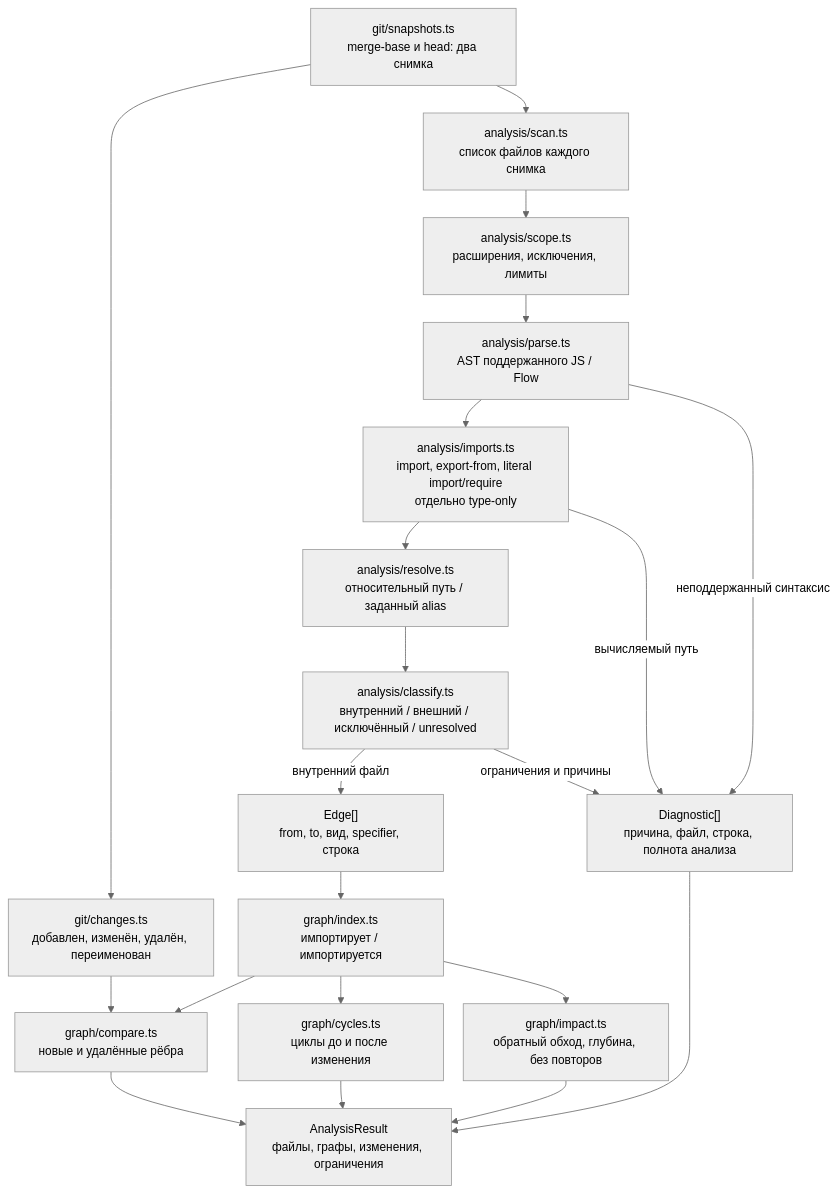
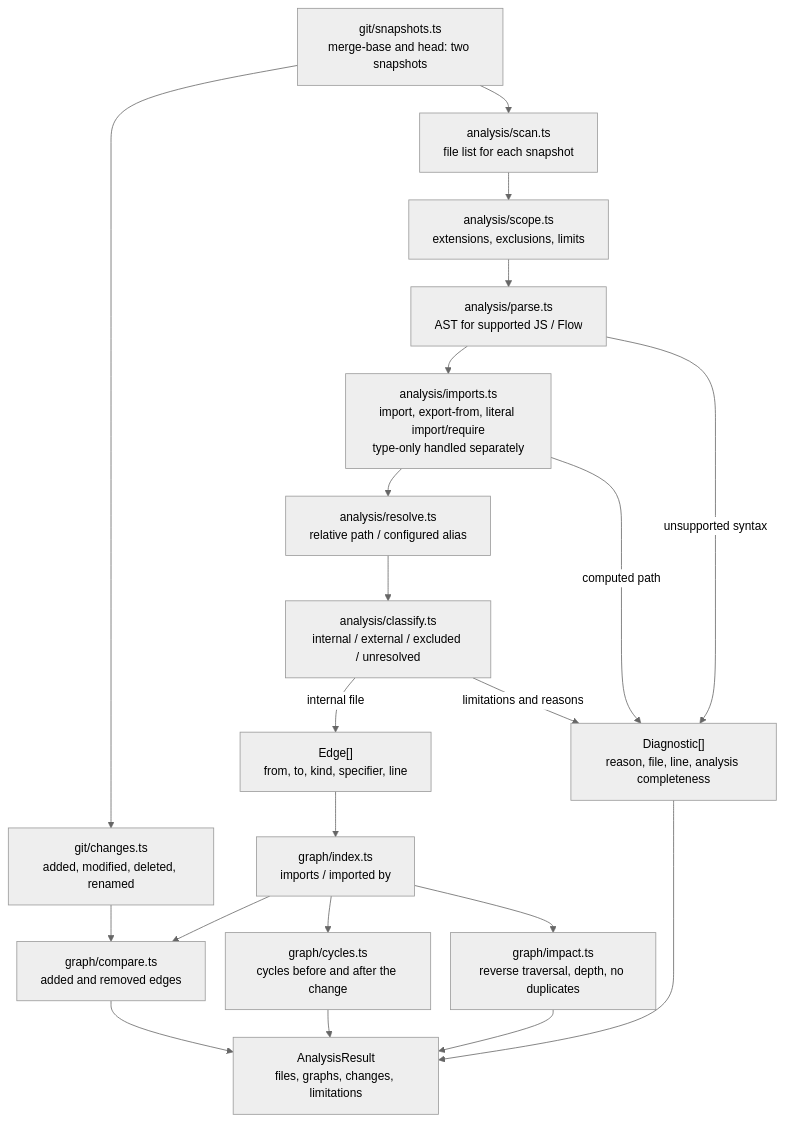
The diagram in diagrams/v1-analysis.mmd (rustic0la/codebase-mapper), drawn with Mermaid before and after one commit. The commit also changed 23 other files, not shown here.

```diff
--- a/diagrams/v1-analysis.mmd
+++ b/diagrams/v1-analysis.mmd
@@ -1,23 +1,23 @@
 %%{init: {"theme":"neutral","flowchart":{"curve":"basis","nodeSpacing":25,"rankSpacing":35},"themeVariables":{"fontSize":"15px"}}}%%
 flowchart TD
-  SNAPSHOTS["git/snapshots.ts<br/>merge-base и head: два снимка"] --> CHANGES
+  SNAPSHOTS["git/snapshots.ts<br/>merge-base and head: two snapshots"] --> CHANGES
   SNAPSHOTS --> SCAN
-  CHANGES["git/changes.ts<br/>добавлен, изменён, удалён, переименован"] --> DIFF
-  SCAN["analysis/scan.ts<br/>список файлов каждого снимка"] --> FILTER
-  FILTER["analysis/scope.ts<br/>расширения, исключения, лимиты"] --> PARSE
-  PARSE["analysis/parse.ts<br/>AST поддержанного JS / Flow"] --> IMPORTS
-  PARSE -->|"неподдержанный синтаксис"| DIAGNOSTICS
-  IMPORTS["analysis/imports.ts<br/>import, export-from, literal import/require<br/>отдельно type-only"] --> RESOLVE
-  IMPORTS -->|"вычисляемый путь"| DIAGNOSTICS
-  RESOLVE["analysis/resolve.ts<br/>относительный путь / заданный alias"] --> CLASSIFY
-  CLASSIFY["analysis/classify.ts<br/>внутренний / внешний / исключённый / unresolved"] -->|"внутренний файл"| EDGES
-  CLASSIFY -->|"ограничения и причины"| DIAGNOSTICS
-  EDGES["Edge[]<br/>from, to, вид, specifier, строка"] --> INDEX
-  INDEX["graph/index.ts<br/>импортирует / импортируется"] --> DIFF
+  CHANGES["git/changes.ts<br/>added, modified, deleted, renamed"] --> DIFF
+  SCAN["analysis/scan.ts<br/>file list for each snapshot"] --> FILTER
+  FILTER["analysis/scope.ts<br/>extensions, exclusions, limits"] --> PARSE
+  PARSE["analysis/parse.ts<br/>AST for supported JS / Flow"] --> IMPORTS
+  PARSE -->|"unsupported syntax"| DIAGNOSTICS
+  IMPORTS["analysis/imports.ts<br/>import, export-from, literal import/require<br/>type-only handled separately"] --> RESOLVE
+  IMPORTS -->|"computed path"| DIAGNOSTICS
+  RESOLVE["analysis/resolve.ts<br/>relative path / configured alias"] --> CLASSIFY
+  CLASSIFY["analysis/classify.ts<br/>internal / external / excluded / unresolved"] -->|"internal file"| EDGES
+  CLASSIFY -->|"limitations and reasons"| DIAGNOSTICS
+  EDGES["Edge[]<br/>from, to, kind, specifier, line"] --> INDEX
+  INDEX["graph/index.ts<br/>imports / imported by"] --> DIFF
   INDEX --> CYCLES
   INDEX --> IMPACT
-  DIFF["graph/compare.ts<br/>новые и удалённые рёбра"] --> RESULT
-  CYCLES["graph/cycles.ts<br/>циклы до и после изменения"] --> RESULT
-  IMPACT["graph/impact.ts<br/>обратный обход, глубина, без повторов"] --> RESULT
-  DIAGNOSTICS["Diagnostic[]<br/>причина, файл, строка, полнота анализа"] --> RESULT
-  RESULT["AnalysisResult<br/>файлы, графы, изменения, ограничения"]
+  DIFF["graph/compare.ts<br/>added and removed edges"] --> RESULT
+  CYCLES["graph/cycles.ts<br/>cycles before and after the change"] --> RESULT
+  IMPACT["graph/impact.ts<br/>reverse traversal, depth, no duplicates"] --> RESULT
+  DIAGNOSTICS["Diagnostic[]<br/>reason, file, line, analysis completeness"] --> RESULT
+  RESULT["AnalysisResult<br/>files, graphs, changes, limitations"]
```
